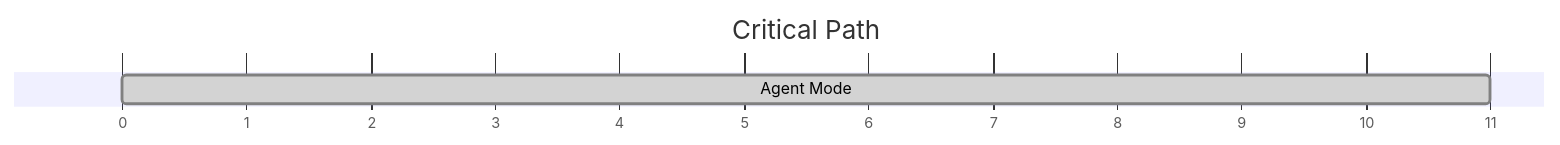
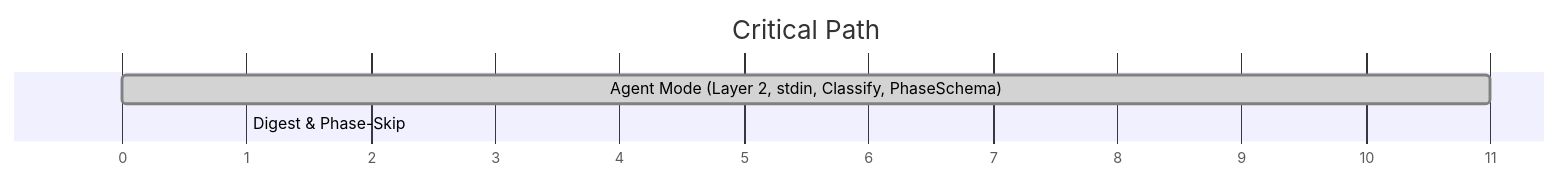
Before and after one commit to gforge-esc/gwrk: the second of 2 diagrams in specs/000-build-plan.md, drawn with Mermaid. The commit also changed other lines of this file and 339 other files, not shown here.

````diff
--- a/specs/000-build-plan.md
+++ b/specs/000-build-plan.md
@@ -76,8 +59,9 @@
 ```mermaid
 gantt
     title Critical Path
     dateFormat X
     axisFormat %s
 
-    Agent Mode                :done, F013_P3, 0, 11
+    Agent Mode (Layer 2, stdin, Classify, PhaseSchema) :done, 013_agent_native_interface_phase_03, 0, 11
+    Digest & Phase-Skip       :done, 004_ship_loop_phase_01, after 013_agent_native_interface_phase_03, 1
 ```
````
